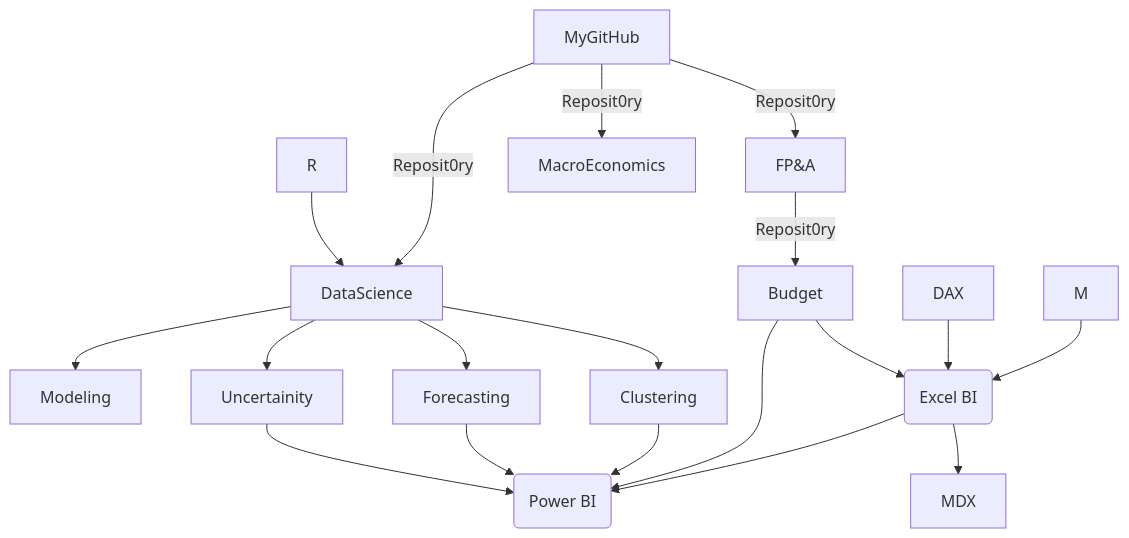
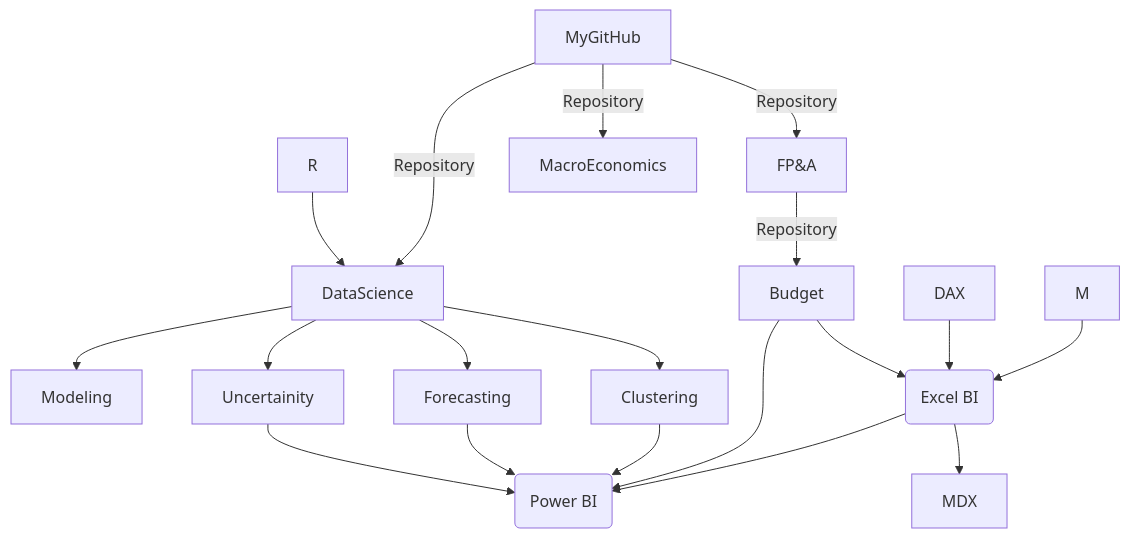
The diagram in README.md (md3629/md3629), drawn with Mermaid before and after one commit.

````diff
--- a/README.md
+++ b/README.md
@@ -9,21 +9,21 @@
 ```mermaid
 graph TD;
-    MyGitHub-->|Reposit0ry|FP&A;
-    FP&A-->|Reposit0ry|Budget;
+    MyGitHub-->|Repository|FP&A;
+    FP&A-->|Repository|Budget;
     R-->DataScience;
-    MyGitHub-->|Reposit0ry|DataScience;
-    MyGitHub-->|Reposit0ry|MacroEconomics;
+    MyGitHub-->|Repository|DataScience;
+    MyGitHub-->|Repository|MacroEconomics;
     DataScience-->Modeling;
     DataScience-->Forecasting;
     DataScience-->Clustering;
     DataScience-->Uncertainity;
     Uncertainity-->P(Power BI);
     Forecasting-->P(Power BI);
     Clustering-->P(Power BI);
     Budget-->P(Power BI);
     Budget-->E(Excel BI);
     DAX-->E(Excel BI);
     M-->E(Excel BI);
     E(Excel BI)-->P(Power BI);
     E(Excel BI)-->MDX;
 ```
````
